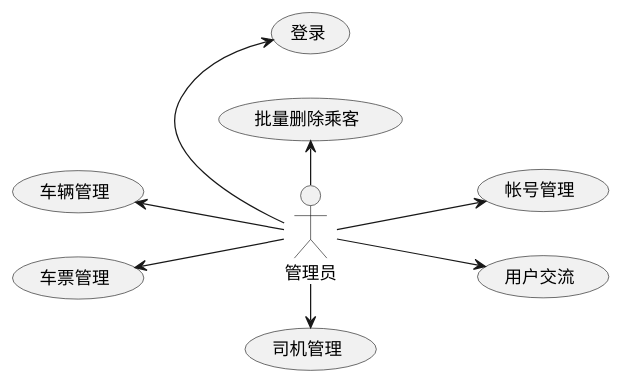
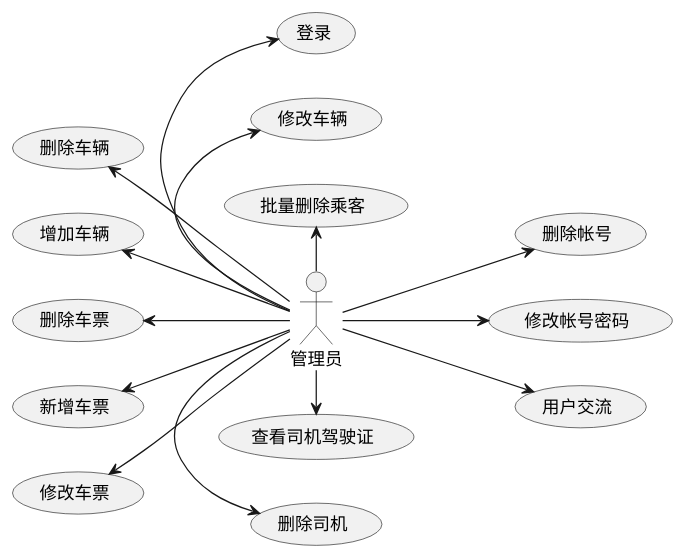
Before and after one commit to RZGGM/CarpoolingProjectBasedOnSringbootAndVue-Backend: the diagram in src/main/resources/uml/用例图/管理员.puml, drawn with PlantUML. The commit also changed 23 other files, not shown here.

```diff
--- a/src/main/resources/uml/用例图/管理员.puml
+++ b/src/main/resources/uml/用例图/管理员.puml
@@ -1,54 +1,55 @@
 @startuml
 'https://plantuml.com/use-case-diagram
 
 left to right direction
 '
 '(车票管理)<|-- (修改车票)
 '(车票管理)<|--(添加车票)
 '(车票管理)<|--(批量删除车票)
 '
 '(乘客管理) <|-- (批量删除乘客)
 '
 '(司机管理) <|-- (批量删除司机)
 '(司机管理) <|-- (查看驾驶证)
 '
 '(帐号管理)<|-- (批量删除帐号)
 '(帐号管理)<|-- (修改密码)
 '
 '(车辆管理) <|-- (添加车辆)
 '(车辆管理) <|-- (批量删除车辆)
 '(车辆管理) <|-- (编辑车票)
 '
 '
 '(投诉管理) <|-- (查看投诉)
 '(投诉管理) <|-- (与用户交流)
 
 ':管理员: -left-> (查看所有车票)
-':管理员: -up-> (修改车票)
-':管理员: -up-> (添加车票)
-':管理员: -up-> (批量删除车票)
+:管理员: -up-> (修改车票)
+:管理员: -up-> (新增车票)
+:管理员: -up-> (删除车票)
 
-:管理员: -up-> (车票管理)
+':管理员: -up-> (车票管理)
 
 :管理员: -left-> (批量删除乘客)
 
-':管理员: -right-> (批量删除司机)
-':管理员: -right-> (查看驾驶证)
-:管理员: -right-> (司机管理)
+:管理员: -right-> (删除司机)
+:管理员: -right-> (查看司机驾驶证)
+':管理员: -right-> (司机管理)
 
-':管理员: -down-> (批量删除帐号)
-':管理员: -down-> (修改密码)
-:管理员: -down-> (帐号管理)
+:管理员: -down-> (删除帐号)
+:管理员: -down-> (修改帐号密码)
+':管理员: -down-> (帐号管理)
 
-':管理员: -up-> (添加车辆)
-':管理员: -up-> (批量删除车辆)
-:管理员: -up-> (车辆管理)
+:管理员: -up-> (增加车辆)
+:管理员: -up-> (删除车辆)
+:管理员: -left-> (修改车辆)
+':管理员: -up-> (车辆管理)
 
 
 ':管理员: --> (查看投诉)
 ':管理员: --> (与用户交流)
 :管理员: --> (用户交流)
 
 :管理员: -left-> (登录)
 
 @enduml
```
